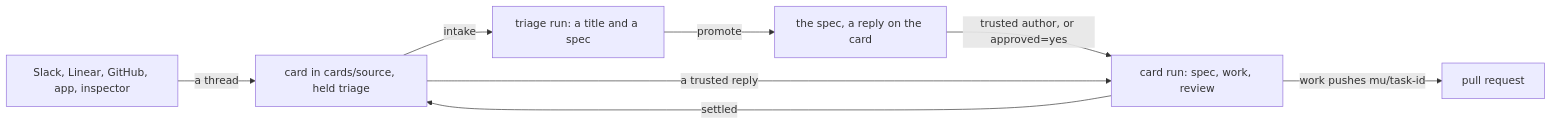
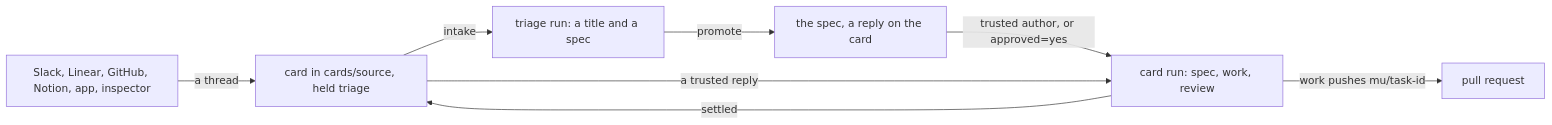
The diagram in packages/muster/docs/03-guides/20-a-feedback-loop.md (openmuster/muster), drawn with Mermaid before and after one commit. The commit also changed other lines of this file and 4 other files, not shown here.

````diff
--- a/packages/muster/docs/03-guides/20-a-feedback-loop.md
+++ b/packages/muster/docs/03-guides/20-a-feedback-loop.md
@@ -23,10 +23,10 @@
 ```mermaid
 flowchart LR
-  S[Slack, Linear, GitHub, app, inspector] -->|a thread| C[card in cards/source, held triage]
+  S[Slack, Linear, GitHub, Notion, app, inspector] -->|a thread| C[card in cards/source, held triage]
   C -->|intake| T[triage run: a title and a spec]
   T -->|promote| R[the spec, a reply on the card]
   R -->|trusted author, or approved=yes| W[card run: spec, work, review]
   W -->|work pushes mu/task-id| P[pull request]
   W -->|settled| C
   C -->|a trusted reply| W
 ```
````
